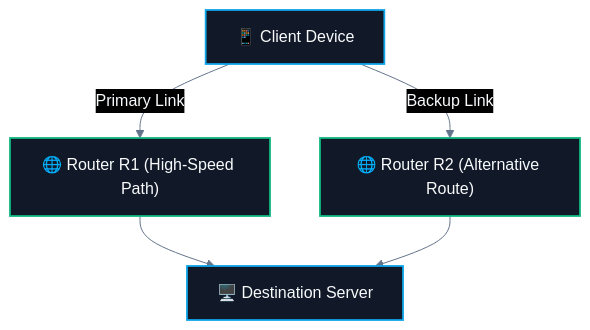
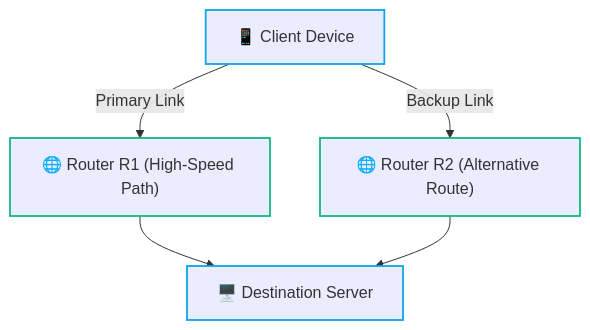
The third of 3 diagrams in CS/Computer Networking/01. Architecture & Fundamentals/02. Packets and Packet Switching.md (abhinavbharti2345/CS_Notes), drawn with Mermaid before and after one commit. The commit also changed other lines of this file and 91 other files, not shown here.

````diff
--- a/CS/Computer Networking/01. Architecture & Fundamentals/02. Packets and Packet Switching.md
+++ b/CS/Computer Networking/01. Architecture & Fundamentals/02. Packets and Packet Switching.md
@@ -103,14 +101,13 @@
 ```mermaid
-%%{init: {'theme': 'base', 'themeVariables': { 'darkMode': true, 'background': '#0B0F14', 'mainBkg': '#111827', 'primaryColor': '#111827', 'primaryTextColor': '#F8FAFC', 'primaryBorderColor': '#38BDF8', 'lineColor': '#64748B', 'secondaryColor': '#0B0F14', 'tertiaryColor': '#0B0F14', 'clusterBkg': '#0B0F14', 'clusterBorder': '#38BDF8' }}}%%
 flowchart TD
     Client["📱 Client Device"]
     Client -->|"Primary Link"| R1["🌐 Router R1 (High-Speed Path)"]
     Client -->|"Backup Link"| R2["🌐 Router R2 (Alternative Route)"]
     R1 --> Server["🖥️ Destination Server"]
     R2 --> Server
 
-    classDef dev fill:#111827,stroke:#0ea5e9,stroke-width:1.8px,color:#F8FAFC;
-    classDef rtr fill:#111827,stroke:#10b981,stroke-width:1.8px,color:#F8FAFC;
+    classDef dev stroke:#0ea5e9,stroke-width:1.8px;
+    classDef rtr stroke:#10b981,stroke-width:1.8px;
     class Client,Server dev;
     class R1,R2 rtr;
 ```
````
